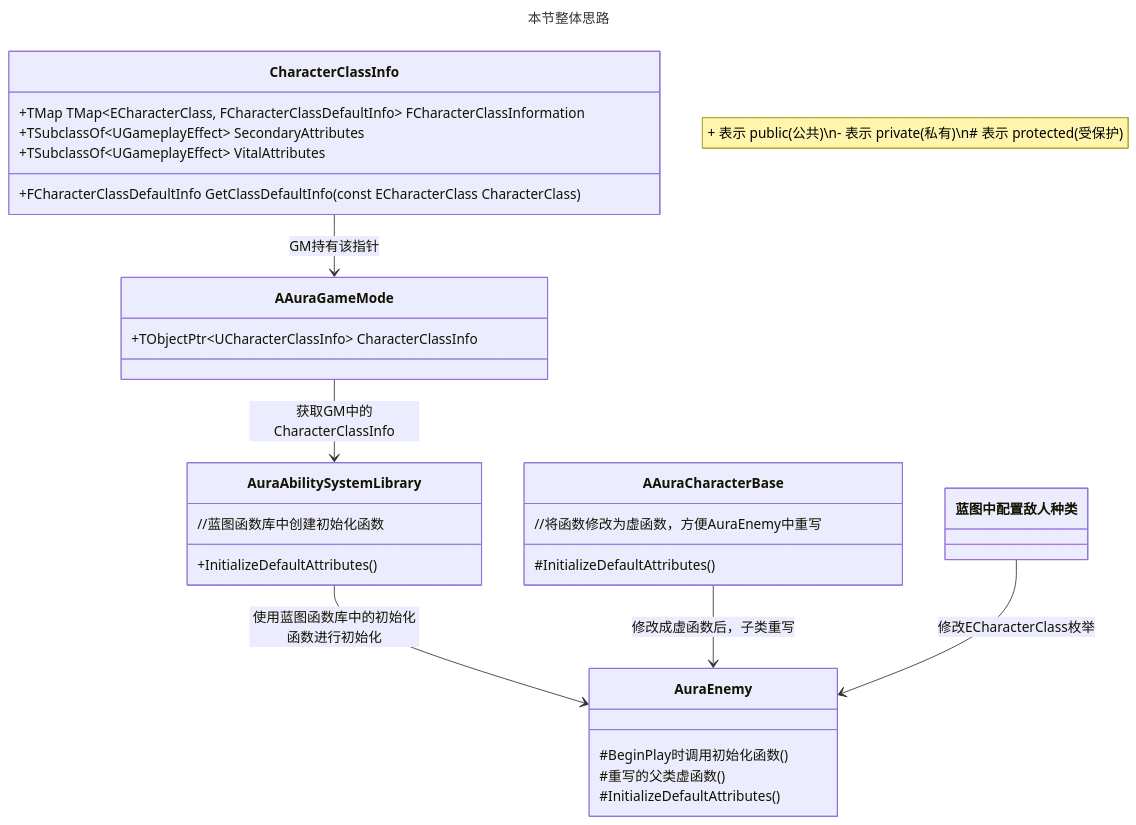
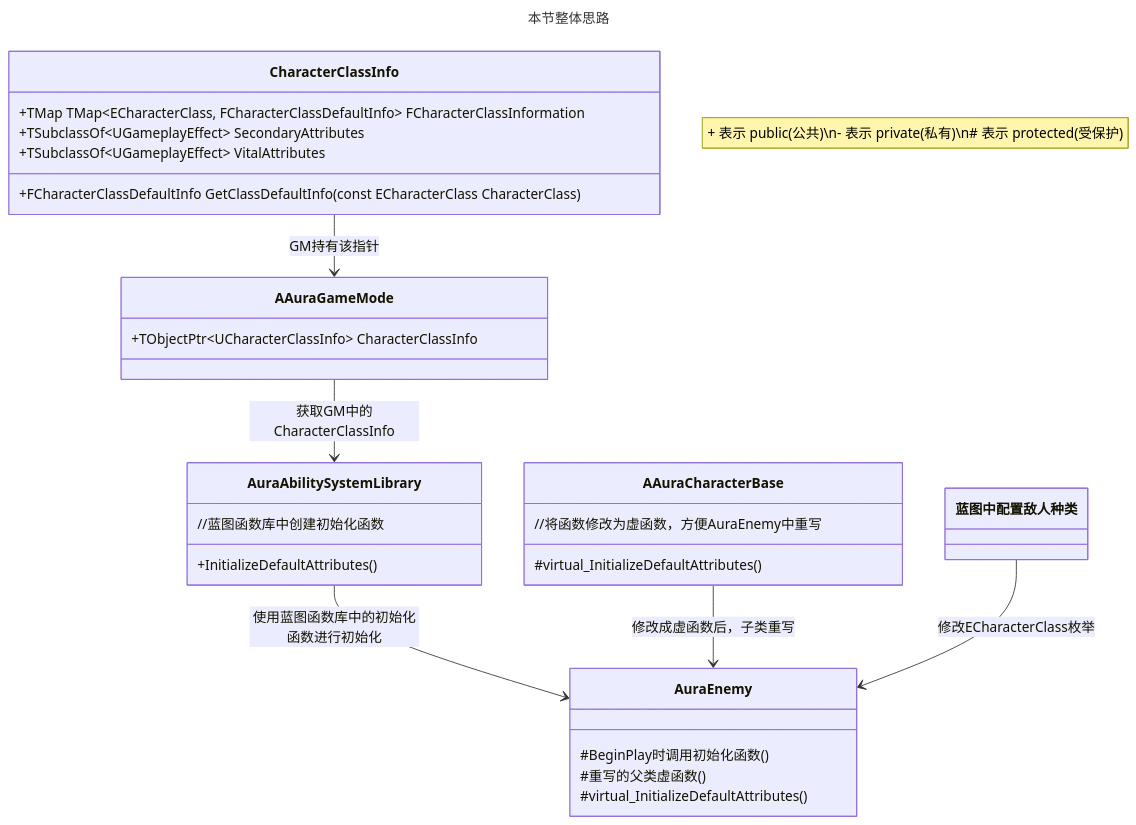
Before and after one commit to liyunlong618/LiYunLongKnowledgeLibrary: the first of 2 diagrams in UECPP/Models/GAS/GAS_2_Aura/DetailContent/GAS_052.md, drawn with Mermaid.

Commit message:
更新 GAS_052.md

````diff
--- a/UECPP/Models/GAS/GAS_2_Aura/DetailContent/GAS_052.md
+++ b/UECPP/Models/GAS/GAS_2_Aura/DetailContent/GAS_052.md
@@ -56,38 +56,38 @@
 ```mermaid
 ---
 title: 本节整体思路
 ---
 classDiagram
 		note"+ 表示 public(公共)\n- 表示 private(私有)\n# 表示 protected(受保护)"
 				
     class CharacterClassInfo{
         +TMap TMap&lt;ECharacterClass, FCharacterClassDefaultInfo&gt; FCharacterClassInformation
         +TSubclassOf&lt;UGameplayEffect&gt; SecondaryAttributes
         +TSubclassOf&lt;UGameplayEffect&gt; VitalAttributes
         +FCharacterClassDefaultInfo GetClassDefaultInfo(const ECharacterClass CharacterClass)
         }   
     class AAuraGameMode{
     	+TObjectPtr&lt;UCharacterClassInfo&gt; CharacterClassInfo
         }
     class AuraAbilitySystemLibrary{
     	//蓝图函数库中创建初始化函数
         +InitializeDefaultAttributes()
         }
     class AuraEnemy{
     	#BeginPlay时调用初始化函数()
     	#重写的父类虚函数()
-    	#InitializeDefaultAttributes()
+    	#virtual_InitializeDefaultAttributes()
         }
     class AAuraCharacterBase{
     	//将函数修改为虚函数，方便AuraEnemy中重写
-    	#InitializeDefaultAttributes()
+    	#virtual_InitializeDefaultAttributes()
         }
         
 	CharacterClassInfo-->AAuraGameMode:GM持有该指针
 	AAuraGameMode --> AuraAbilitySystemLibrary:获取GM中的CharacterClassInfo
 	AuraAbilitySystemLibrary --> AuraEnemy:使用蓝图函数库中的初始化函数进行初始化
 	AAuraCharacterBase --> AuraEnemy:修改成虚函数后，子类重写
 	蓝图中配置敌人种类 --> AuraEnemy:修改ECharacterClass枚举
 	
    
 ```
````
